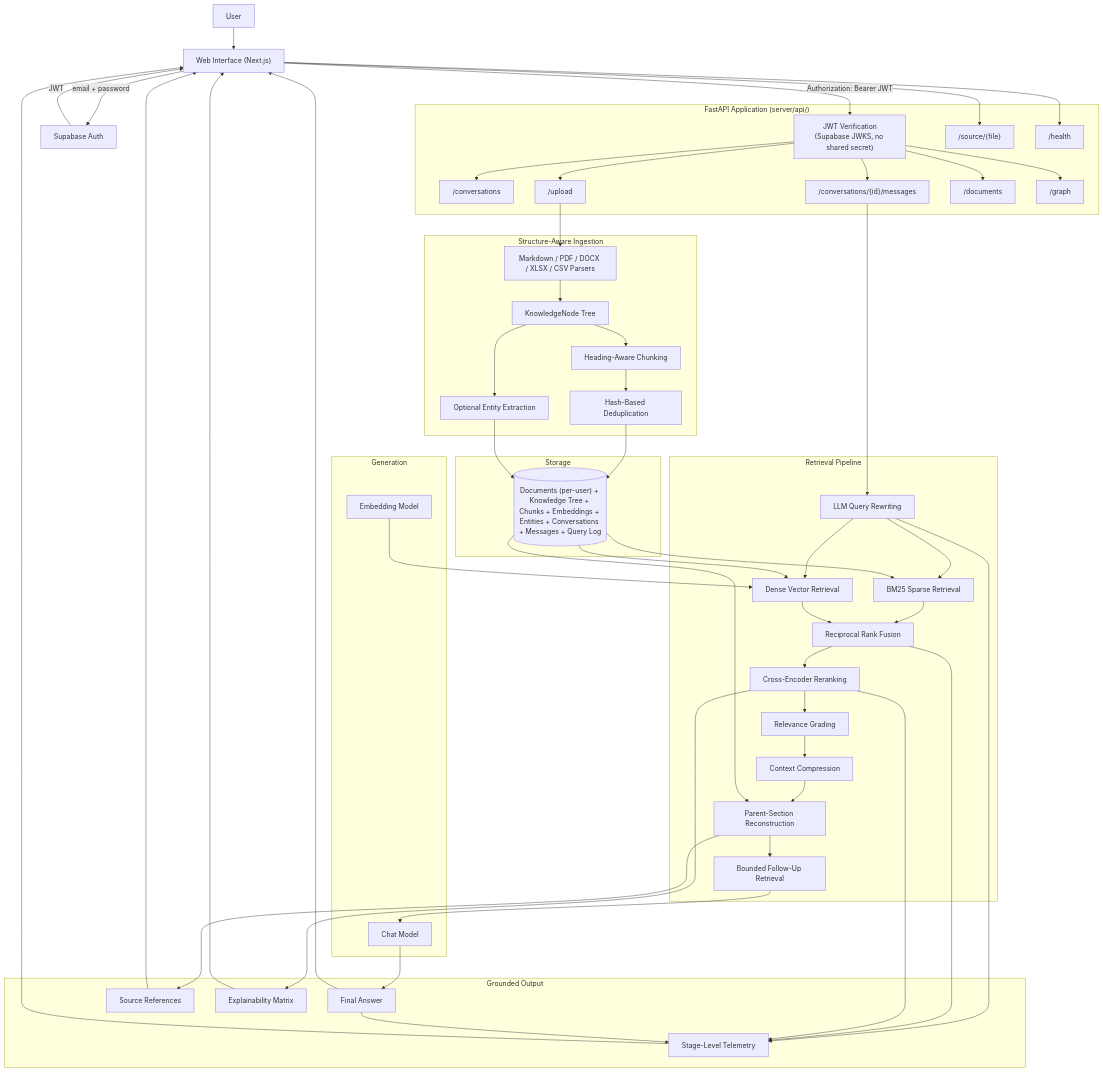
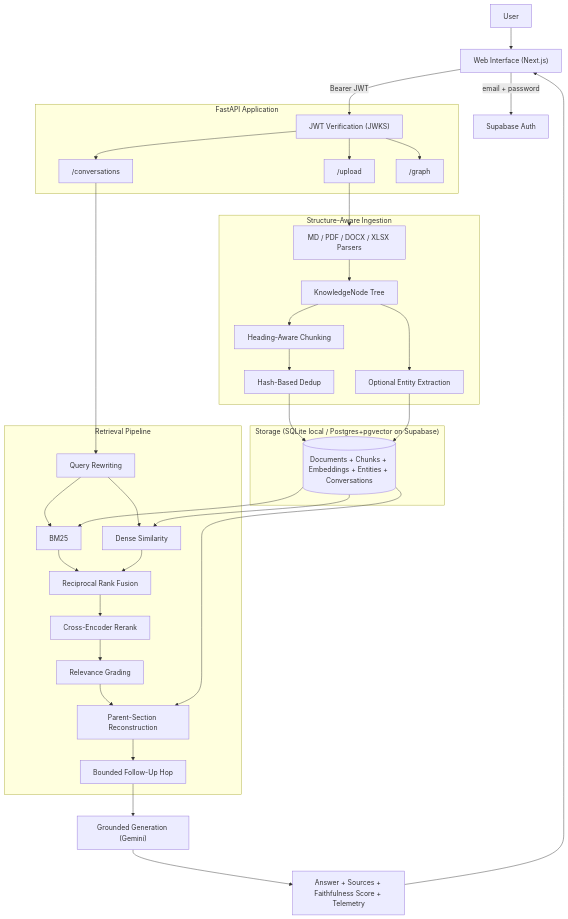
Before and after one commit to hasnaintypes/evidence-rag: the diagram in README.md, drawn with Mermaid. The commit also changed other lines of this file and 23 other files, not shown here.

First line of the commit message:
Enforce per-user ownership on document/graph routes; add CI lint gate (#22)

````diff
--- a/README.md
+++ b/README.md
@@ -108,100 +72,42 @@
 flowchart TB
     U["User"] --> UI["Web Interface (Next.js)"]
     UI -- "email + password" --> SBAUTH["Supabase Auth"]
-    SBAUTH -- "JWT" --> UI
 
-    subgraph API["FastAPI Application (server/api/)"]
-        DEPS["JWT Verification<br/>(Supabase JWKS, no shared secret)"]
+    subgraph API["FastAPI Application"]
+        DEPS["JWT Verification (JWKS)"]
         CONV["/conversations"]
-        MSG["/conversations/{id}/messages"]
         UPLOAD["/upload"]
-        DOCS["/documents"]
         GRAPHAPI["/graph"]
-        SOURCE["/source/{file}"]
-        HEALTH["/health"]
     end
 
-    UI -- "Authorization: Bearer JWT" --> DEPS
-    DEPS --> CONV
-    DEPS --> MSG
-    DEPS --> UPLOAD
-    DEPS --> DOCS
-    DEPS --> GRAPHAPI
-    UI --> SOURCE
-    UI --> HEALTH
+    UI -- "Bearer JWT" --> DEPS --> CONV & UPLOAD & GRAPHAPI
 
     subgraph INGESTION["Structure-Aware Ingestion"]
-        PARSERS["Markdown / PDF / DOCX / XLSX / CSV Parsers"]
-        TREE["KnowledgeNode Tree"]
-        CHUNK["Heading-Aware Chunking"]
-        HASH["Hash-Based Deduplication"]
-        ENTITY["Optional Entity Extraction"]
+        PARSERS["MD / PDF / DOCX / XLSX Parsers"] --> TREE["KnowledgeNode Tree"]
+        TREE --> CHUNK["Heading-Aware Chunking"] --> HASH["Hash-Based Dedup"]
+        TREE --> ENTITY["Optional Entity Extraction"]
     end
 
     UPLOAD --> PARSERS
-    PARSERS --> TREE
-    TREE --> CHUNK
-    CHUNK --> HASH
-    TREE --> ENTITY
 
-    subgraph STORAGE["Storage"]
-        DB[("Documents (per-user) + Knowledge Tree + Chunks + Embeddings + Entities + Conversations + Messages + Query Log")]
+    subgraph STORAGE["Storage (SQLite local / Postgres+pgvector on Supabase)"]
+        DB[("Documents + Chunks + Embeddings + Entities + Conversations")]
     end
 
     HASH --> DB
     ENTITY --> DB
 
     subgraph RETRIEVAL["Retrieval Pipeline"]
-        REWRITE["LLM Query Rewriting"]
-        BM25["BM25 Sparse Retrieval"]
-        DENSE["Dense Vector Retrieval"]
-        RRF["Reciprocal Rank Fusion"]
-        RERANK["Cross-Encoder Reranking"]
-        GRADE["Relevance Grading"]
-        COMPRESS["Context Compression"]
-        PARENT["Parent-Section Reconstruction"]
-        FOLLOWUP["Bounded Follow-Up Retrieval"]
+        REWRITE["Query Rewriting"] --> BM25["BM25"] & DENSE["Dense Similarity"]
+        BM25 --> RRF["Reciprocal Rank Fusion"]
+        DENSE --> RRF
+        RRF --> RERANK["Cross-Encoder Rerank"] --> GRADE["Relevance Grading"]
+        GRADE --> PARENT["Parent-Section Reconstruction"] --> FOLLOWUP["Bounded Follow-Up Hop"]
     end
 
-    MSG --> REWRITE
-    REWRITE --> BM25
-    REWRITE --> DENSE
-    DB --> BM25
-    DB --> DENSE
-    BM25 --> RRF
-    DENSE --> RRF
-    RRF --> RERANK
-    RERANK --> GRADE
-    GRADE --> COMPRESS
-    COMPRESS --> PARENT
-    DB --> PARENT
-    PARENT --> FOLLOWUP
+    CONV --> REWRITE
+    DB --> BM25 & DENSE & PARENT
+    FOLLOWUP --> GEN["Grounded Generation (Gemini)"]
 
-    subgraph GEN["Generation"]
-        EMB["Embedding Model"]
-        LLM["Chat Model"]
-    end
-
-    EMB --> DENSE
-    FOLLOWUP --> LLM
-
-    subgraph OUTPUT["Grounded Output"]
-        ANSWER["Final Answer"]
-        REFERENCES["Source References"]
-        EXPLAIN["Explainability Matrix"]
-        TELEMETRY["Stage-Level Telemetry"]
-    end
-
-    LLM --> ANSWER
-    RERANK --> EXPLAIN
-    PARENT --> REFERENCES
-    REWRITE --> TELEMETRY
-    RRF --> TELEMETRY
-    RERANK --> TELEMETRY
-    ANSWER --> TELEMETRY
-
-    ANSWER --> UI
-    REFERENCES --> UI
-    EXPLAIN --> UI
-    TELEMETRY --> UI
+    GEN --> ANSWER["Answer + Sources + Faithfulness Score + Telemetry"] --> UI
 ```
````
